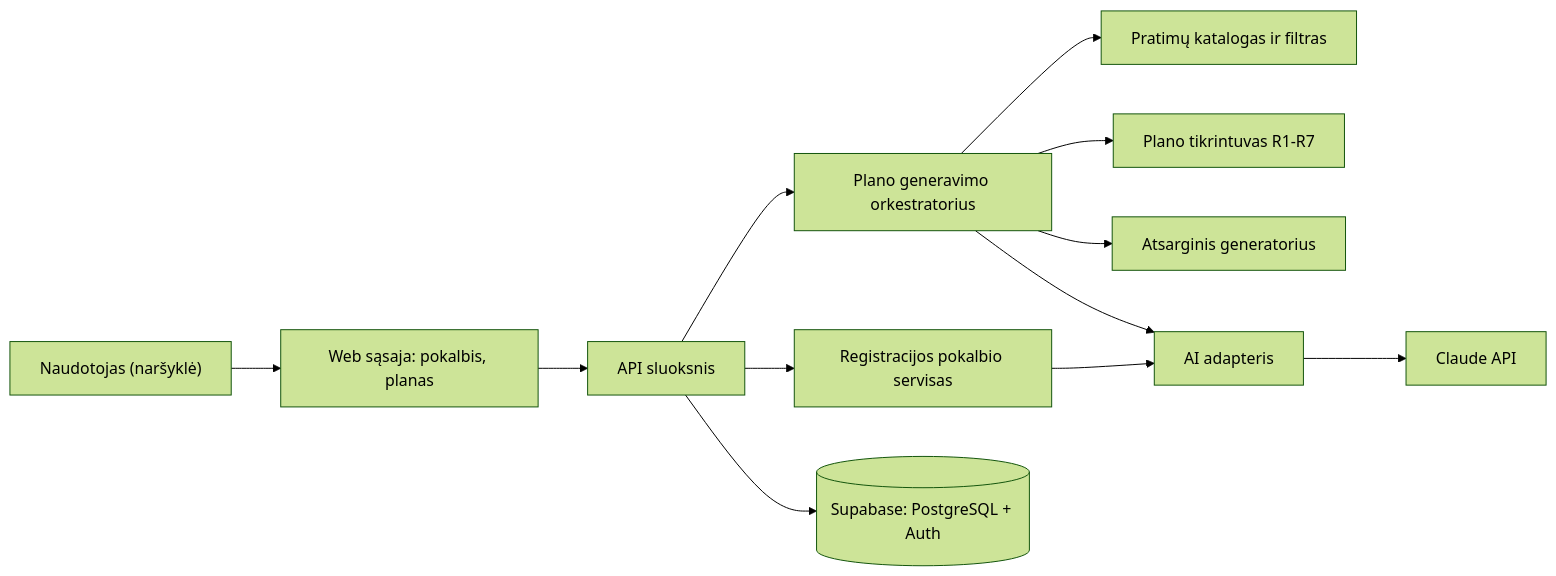
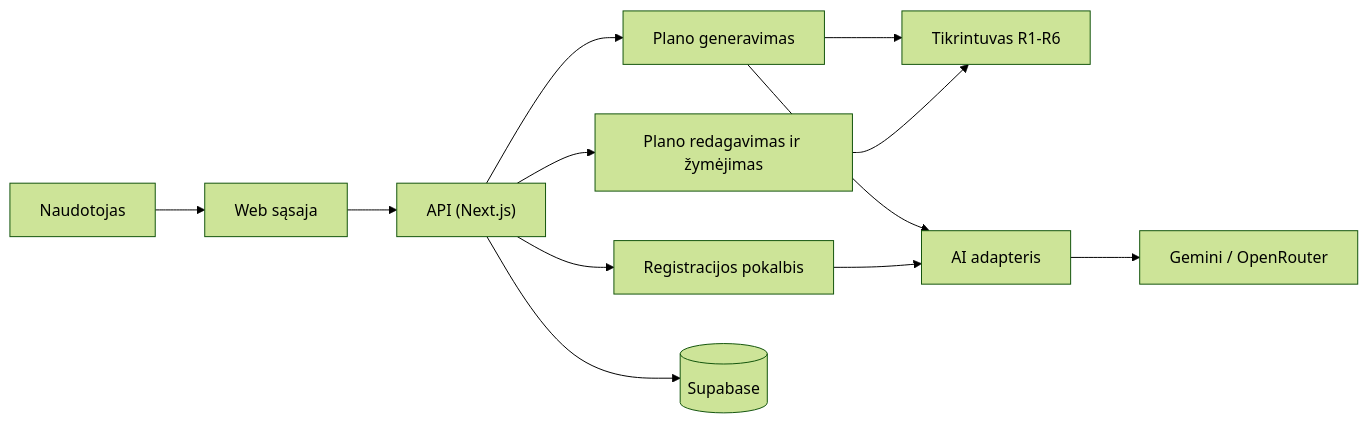
One commit to Vilkanec/spotter changed the diagram in projektavimo-dokumentas.md. Above: the diagram before and after it, drawn with Mermaid (forest theme). The commit also changed other lines of this file, not shown here.

````diff
--- a/projektavimo-dokumentas.md
+++ b/projektavimo-dokumentas.md
@@ -120,14 +95,14 @@
 ```mermaid
 flowchart LR
-    U["Naudotojas (naršyklė)"] --> FE["Web sąsaja: pokalbis, planas"]
-    FE --> API["API sluoksnis"]
-    API --> ONB["Registracijos pokalbio servisas"]
-    API --> GEN["Plano generavimo orkestratorius"]
-    GEN --> CAT["Pratimų katalogas ir filtras"]
-    GEN --> VAL["Plano tikrintuvas R1-R7"]
-    GEN --> FB["Atsarginis generatorius"]
+    U["Naudotojas"] --> FE["Web sąsaja"]
+    FE --> API["API (Next.js)"]
+    API --> ONB["Registracijos pokalbis"]
+    API --> GEN["Plano generavimas"]
+    API --> PLAN["Plano redagavimas ir žymėjimas"]
+    GEN --> VAL["Tikrintuvas R1-R6"]
+    PLAN --> VAL
     GEN --> ADP["AI adapteris"]
     ONB --> ADP
-    ADP --> LLM["Claude API"]
-    API --> DB[("Supabase: PostgreSQL + Auth")]
+    ADP --> LLM["Gemini / OpenRouter"]
+    API --> DB[("Supabase")]
 ```
````
